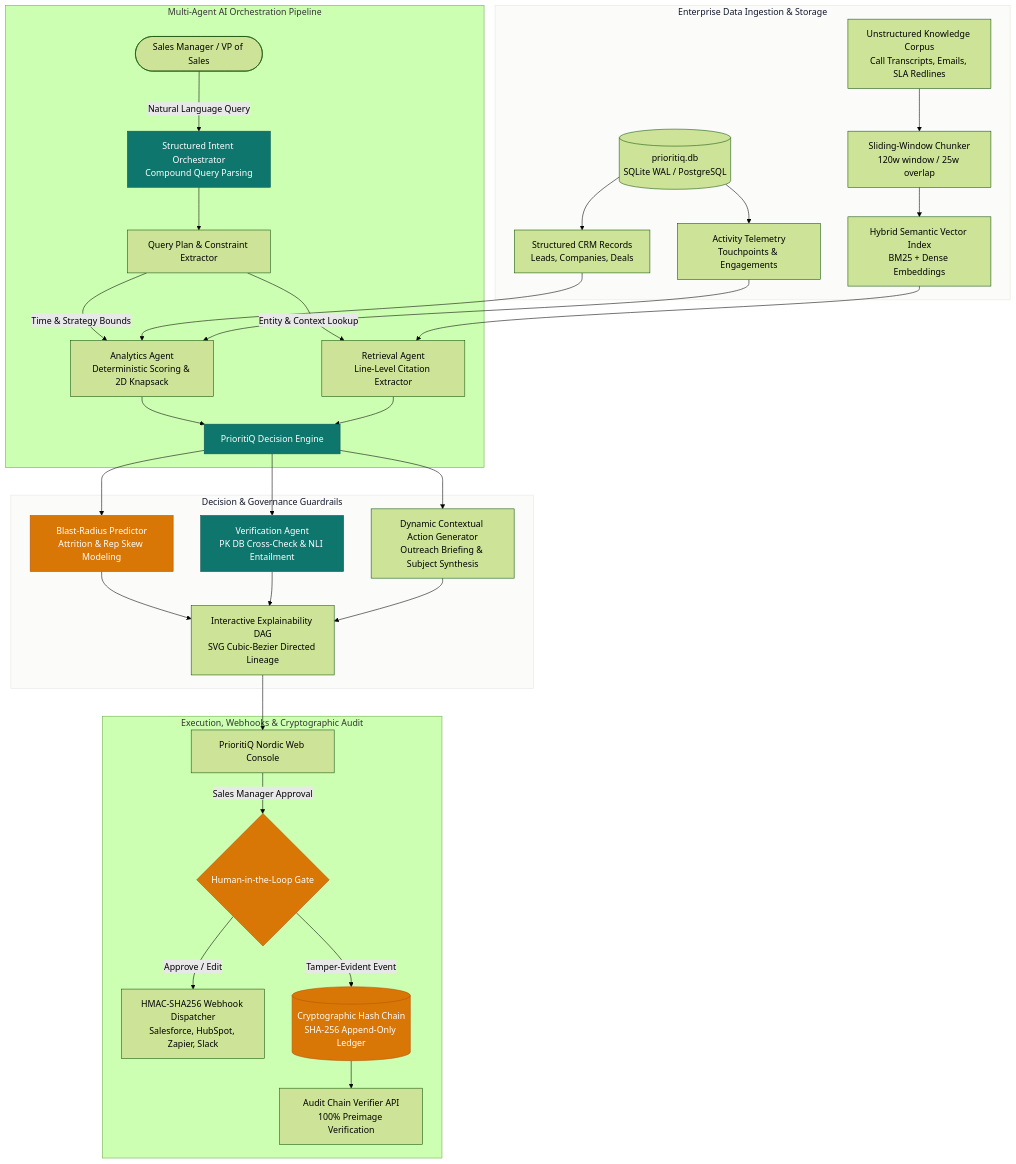
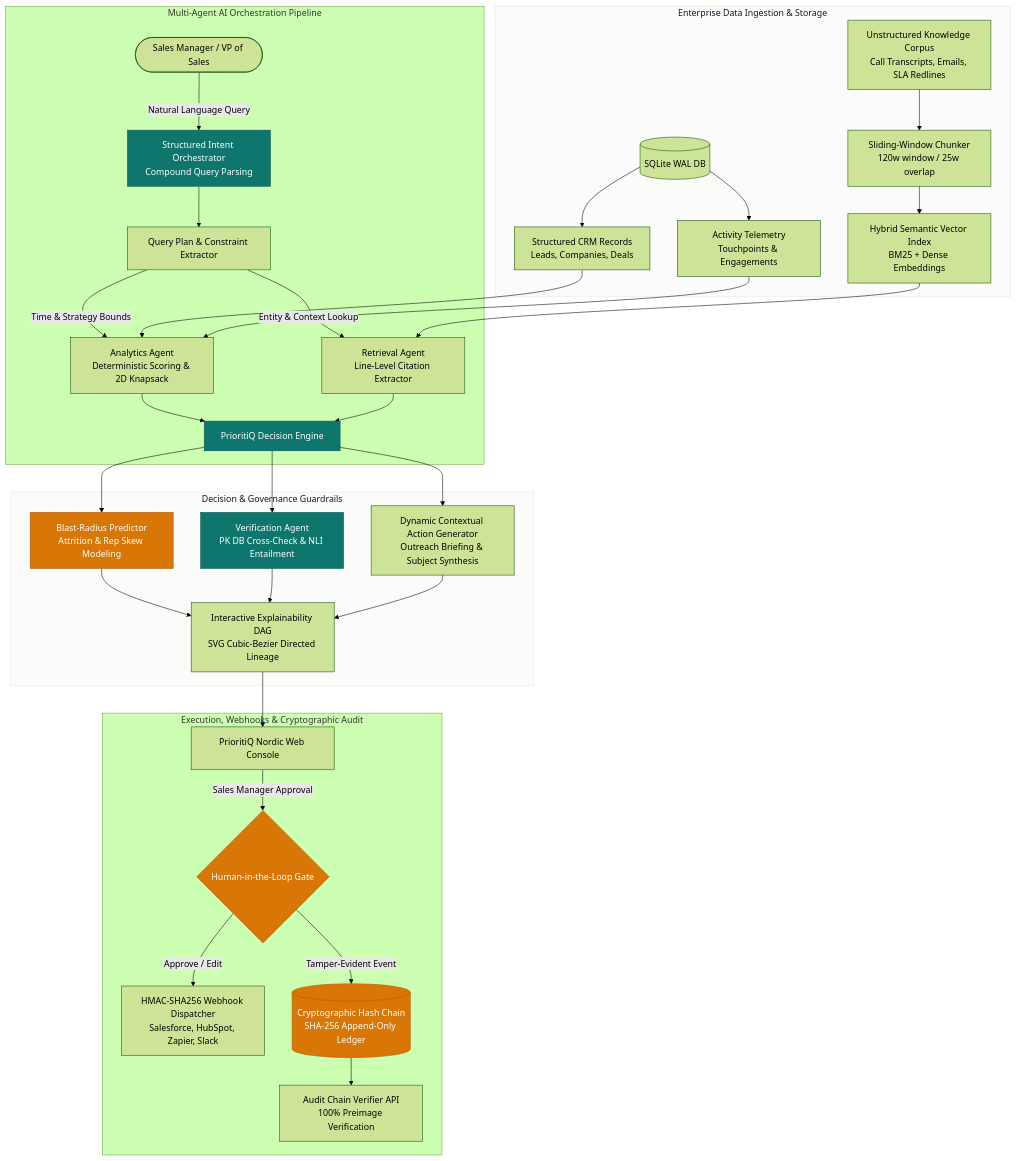
One commit to PanatiNitesh/PrioritiQ changed the diagram in README.md. Above: the diagram before and after it, drawn with Mermaid (forest theme). The commit also changed other lines of this file and 1 other file, not shown here.

````diff
--- a/README.md
+++ b/README.md
@@ -67,50 +53,50 @@
 ```mermaid
 flowchart TD
     subgraph DataLayer ["Enterprise Data Ingestion & Storage"]
-        DB[(prioritiq.db<br/>SQLite WAL / PostgreSQL)]
+        DB[(SQLite WAL DB)]
         CRM[Structured CRM Records<br/>Leads, Companies, Deals]
         Acts[Activity Telemetry<br/>Touchpoints & Engagements]
         Notes[Unstructured Knowledge Corpus<br/>Call Transcripts, Emails, SLA Redlines]
         DB --> CRM
         DB --> Acts
         Notes --> Chunker[Sliding-Window Chunker<br/>120w window / 25w overlap]
         Chunker --> RAGIdx[Hybrid Semantic Vector Index<br/>BM25 + Dense Embeddings]
     end
 
     subgraph AgentLayer ["Multi-Agent AI Orchestration Pipeline"]
         Manager([Sales Manager / VP of Sales]) -->|Natural Language Query| IntentAgent[Structured Intent Orchestrator<br/>Compound Query Parsing]
         IntentAgent --> Planner[Query Plan & Constraint Extractor]
         
         Planner -->|Time & Strategy Bounds| AnalyticsAgent[Analytics Agent<br/>Deterministic Scoring & 2D Knapsack]
         Planner -->|Entity & Context Lookup| RetrievalAgent[Retrieval Agent<br/>Line-Level Citation Extractor]
         
         CRM & Acts --> AnalyticsAgent
         RAGIdx --> RetrievalAgent
         
         AnalyticsAgent --> DecisionEngine[PrioritiQ Decision Engine]
         RetrievalAgent --> DecisionEngine
     end
 
     subgraph EvaluationLayer ["Decision & Governance Guardrails"]
         DecisionEngine --> BlastRadius[Blast-Radius Predictor<br/>Attrition & Rep Skew Modeling]
         DecisionEngine --> VerificationAgent[Verification Agent<br/>PK DB Cross-Check & NLI Entailment]
         DecisionEngine --> ActionGen[Dynamic Contextual Action Generator<br/>Outreach Briefing & Subject Synthesis]
         
         BlastRadius & VerificationAgent & ActionGen --> DAG[Interactive Explainability DAG<br/>SVG Cubic-Bezier Directed Lineage]
     end
 
     subgraph GovernanceLayer ["Execution, Webhooks & Cryptographic Audit"]
         DAG --> UI[PrioritiQ Nordic Web Console]
         UI -->|Sales Manager Approval| HumanGate{Human-in-the-Loop Gate}
         HumanGate -->|Approve / Edit| Dispatcher[HMAC-SHA256 Webhook Dispatcher<br/>Salesforce, HubSpot, Zapier, Slack]
         HumanGate -->|Tamper-Evident Event| AuditChain[(Cryptographic Hash Chain<br/>SHA-256 Append-Only Ledger)]
         AuditChain --> Verifier[Audit Chain Verifier API<br/>100% Preimage Verification]
     end
 
     classDef primary fill:#0F766E,stroke:#0B5650,color:#fff;
     classDef secondary fill:#FBFBF9,stroke:#E5E5DF,color:#0F172A;
     classDef accent fill:#D97706,stroke:#B45309,color:#fff;
     class IntentAgent,DecisionEngine,VerificationAgent primary;
     class DataLayer,EvaluationLayer secondary;
     class BlastRadius,HumanGate,AuditChain accent;
 ```
````
